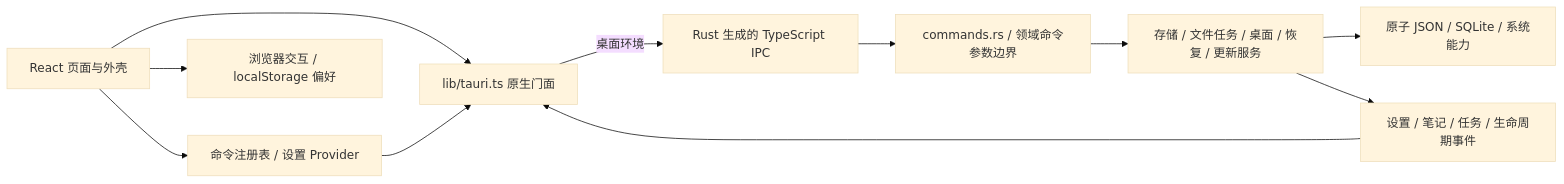
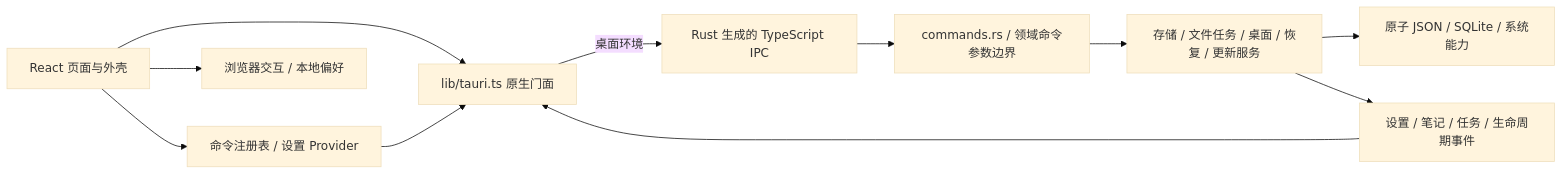
Before and after one commit to YanChao001/tauri-desktop-starter: the diagram in docs/architecture.md, drawn with Mermaid (base theme). The commit also changed other lines of this file and 29 other files, not shown here.

````diff
--- a/docs/architecture.md
+++ b/docs/architecture.md
@@ -7,13 +7,13 @@
 ```mermaid
 flowchart LR
   UI["React 页面与外壳"] --> Commands["命令注册表 / 设置 Provider"]
   UI --> Facade["lib/tauri.ts 原生门面"]
-  UI --> Browser["浏览器交互 / localStorage 偏好"]
+  UI --> Browser["浏览器交互 / 本地偏好"]
   Commands --> Facade
   Facade -->|桌面环境| Bindings["Rust 生成的 TypeScript IPC"]
   Bindings --> Boundary["commands.rs / 领域命令参数边界"]
   Boundary --> Services["存储 / 文件任务 / 桌面 / 恢复 / 更新服务"]
   Services --> Data["原子 JSON / SQLite / 系统能力"]
   Services --> Events["设置 / 笔记 / 任务 / 生命周期事件"]
   Events --> Facade
 ```
````
